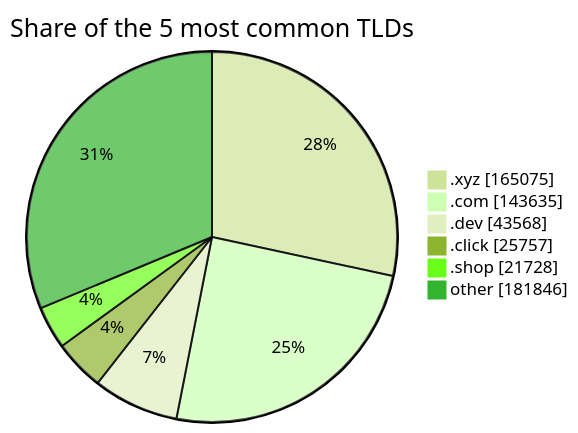
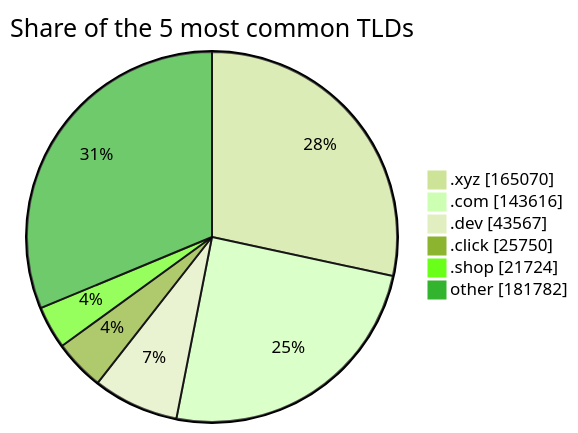
One commit to DNSBunker/CTI changed the third of 3 diagrams in README.md. Above: the diagram before and after it, drawn with Mermaid (forest theme). The commit also changed other lines of this file and 3 other files, not shown here.

````diff
--- a/README.md
+++ b/README.md
@@ -81,9 +81,9 @@
 ```mermaid
 pie showData title Share of the 5 most common TLDs
-    ".xyz" : 165075
-    ".com" : 143635
-    ".dev" : 43568
-    ".click" : 25757
-    ".shop" : 21728
-    "other" : 181846
+    ".xyz" : 165070
+    ".com" : 143616
+    ".dev" : 43567
+    ".click" : 25750
+    ".shop" : 21724
+    "other" : 181782
 ```
````
